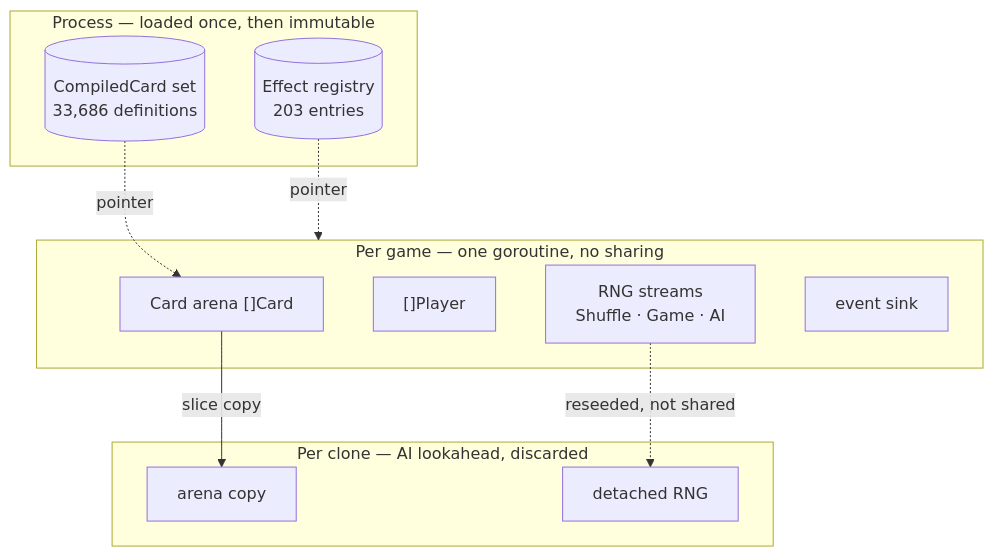
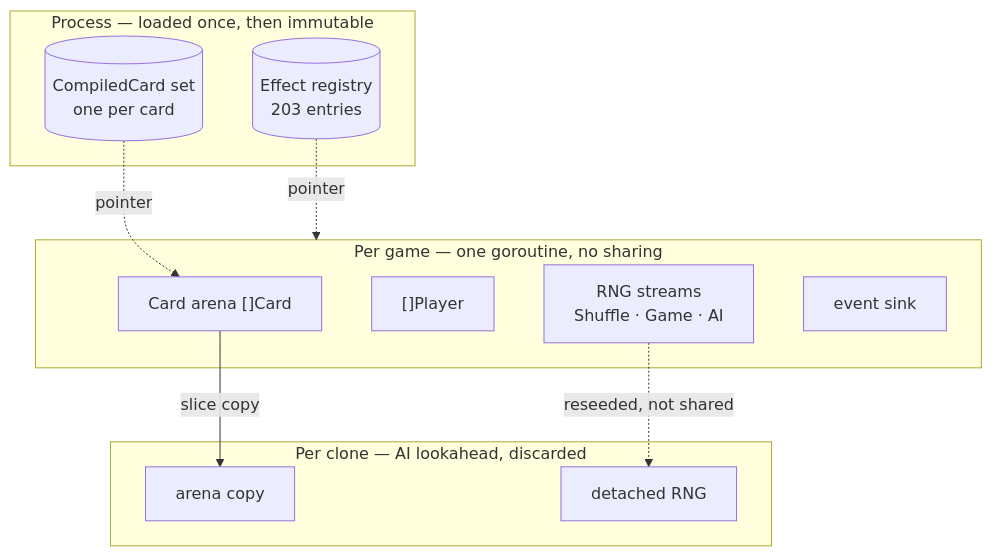
The diagram in docs/crucible/design/engine-design.md (Card-Forge/forge), drawn with Mermaid before and after one commit. The commit also changed other lines of this file and 21 other files, not shown here.

````diff
--- a/docs/crucible/design/engine-design.md
+++ b/docs/crucible/design/engine-design.md
@@ -20,21 +20,21 @@
 ```mermaid
 flowchart TB
   subgraph proc["Process — loaded once, then immutable"]
-    db[("CompiledCard set<br/>33,686 definitions")]
+    db[("CompiledCard set<br/>one per card")]
     reg[("Effect registry<br/>203 entries")]
   end
   subgraph game["Per game — one goroutine, no sharing"]
     arena["Card arena []Card"]
     players["[]Player"]
     rng["RNG streams<br/>Shuffle · Game · AI"]
     sink["event sink"]
   end
   subgraph clone["Per clone — AI lookahead, discarded"]
     arena2["arena copy"]
     rng2["detached RNG"]
   end
   db -.pointer.-> arena
   reg -.pointer.-> game
   arena -->|slice copy| arena2
   rng -.->|reseeded, not shared| rng2
 ```
````
